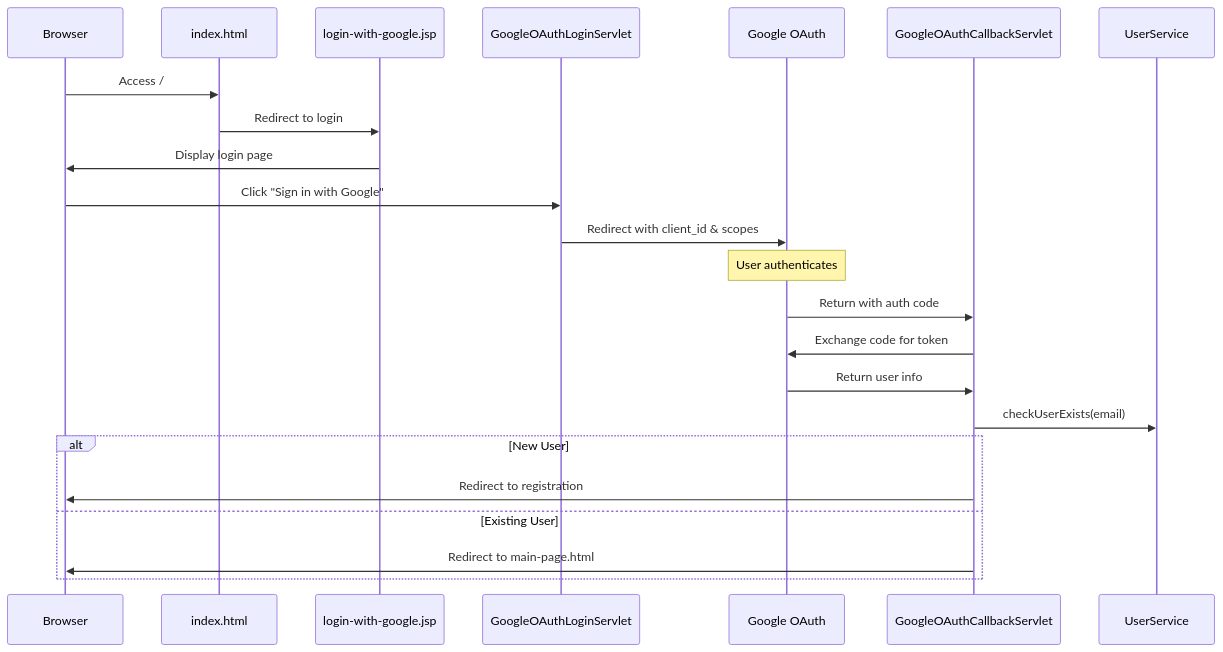
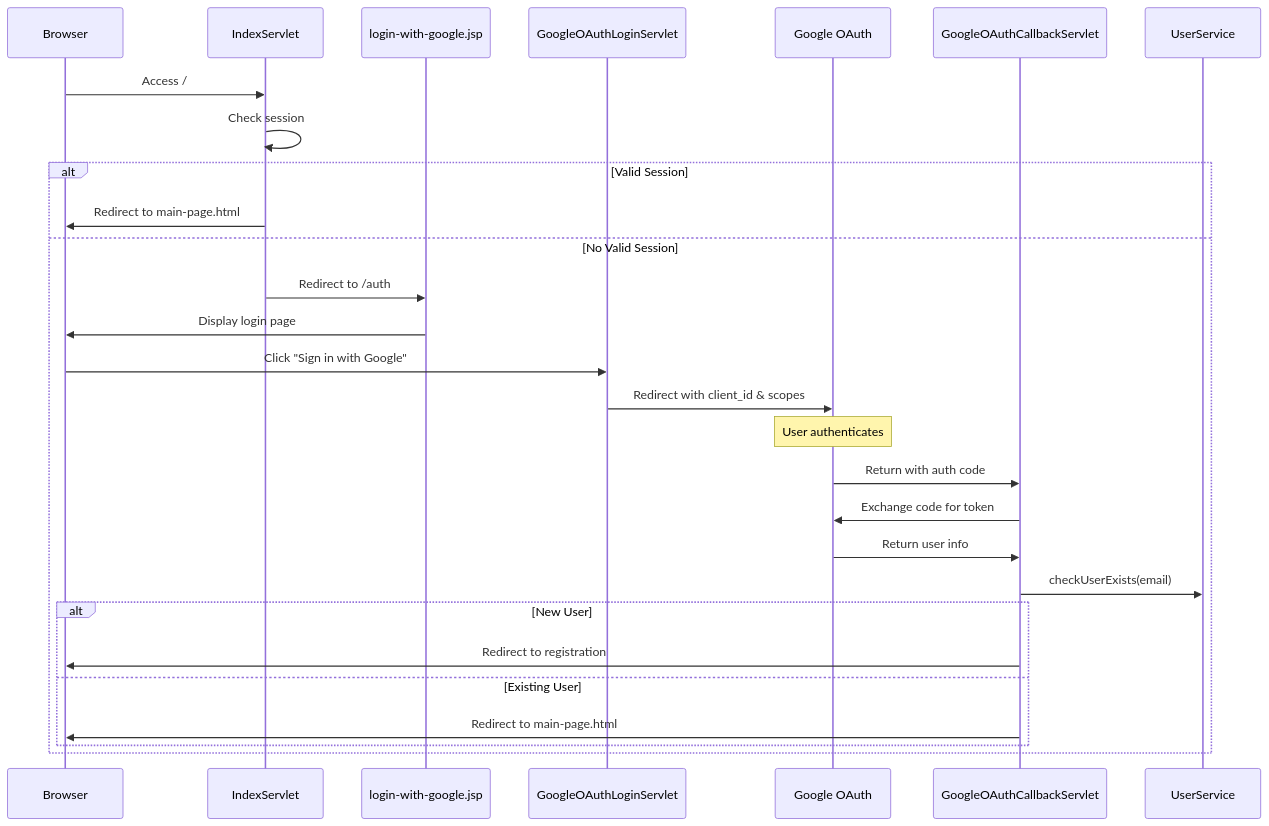
The first of 2 diagrams in docs/registering.md (uripont/cheeper), drawn with Mermaid before and after one commit. The commit also changed other lines of this file and 3 other files, not shown here.

Commit message:
wip: turning index into jsp for main page redirect if session is stored

````diff
--- a/docs/registering.md
+++ b/docs/registering.md
@@ -5,26 +5,31 @@
 ```mermaid
 sequenceDiagram
     participant B as Browser
-    participant I as index.html
+    participant IS as IndexServlet
     participant LG as login-with-google.jsp
     participant GOLS as GoogleOAuthLoginServlet
     participant G as Google OAuth
     participant GOCS as GoogleOAuthCallbackServlet
     participant US as UserService
     
-    B->>I: Access /
-    I->>LG: Redirect to login
-    LG->>B: Display login page
-    B->>GOLS: Click "Sign in with Google"
-    GOLS->>G: Redirect with client_id & scopes
-    Note over G: User authenticates
-    G->>GOCS: Return with auth code
-    GOCS->>G: Exchange code for token
-    G->>GOCS: Return user info
-    GOCS->>US: checkUserExists(email)
-    alt New User
-        GOCS->>B: Redirect to registration
-    else Existing User
-        GOCS->>B: Redirect to main-page.html
+    B->>IS: Access /
+    IS->>IS: Check session
+    alt Valid Session
+        IS->>B: Redirect to main-page.html
+    else No Valid Session
+        IS->>LG: Redirect to /auth
+        LG->>B: Display login page
+        B->>GOLS: Click "Sign in with Google"
+        GOLS->>G: Redirect with client_id & scopes
+        Note over G: User authenticates
+        G->>GOCS: Return with auth code
+        GOCS->>G: Exchange code for token
+        G->>GOCS: Return user info
+        GOCS->>US: checkUserExists(email)
+        alt New User
+            GOCS->>B: Redirect to registration
+        else Existing User
+            GOCS->>B: Redirect to main-page.html
+        end
     end
 ```
````
